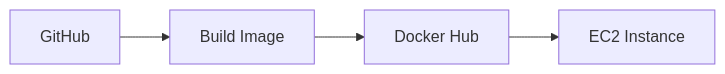
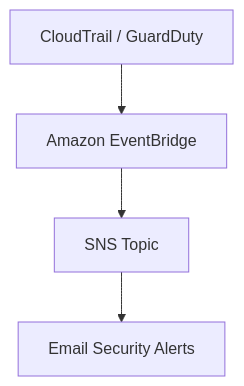
The second of 3 diagrams in README.md (wandytorres/aws-cloud-journey), drawn with Mermaid before and after one commit. The commit also changed other lines of this file, not shown here.

````diff
--- a/README.md
+++ b/README.md
@@ -130,6 +31,9 @@
 ```mermaid
-flowchart LR
-    A[GitHub] --> B[Build Image]
-    B --> C[Docker Hub]
-    C --> D[EC2 Instance]
+flowchart TD
+    A[CloudTrail / GuardDuty]
+    --> B[Amazon EventBridge]
+
+    B --> C[SNS Topic]
+
+    C --> D[Email Security Alerts]
 ```
````
